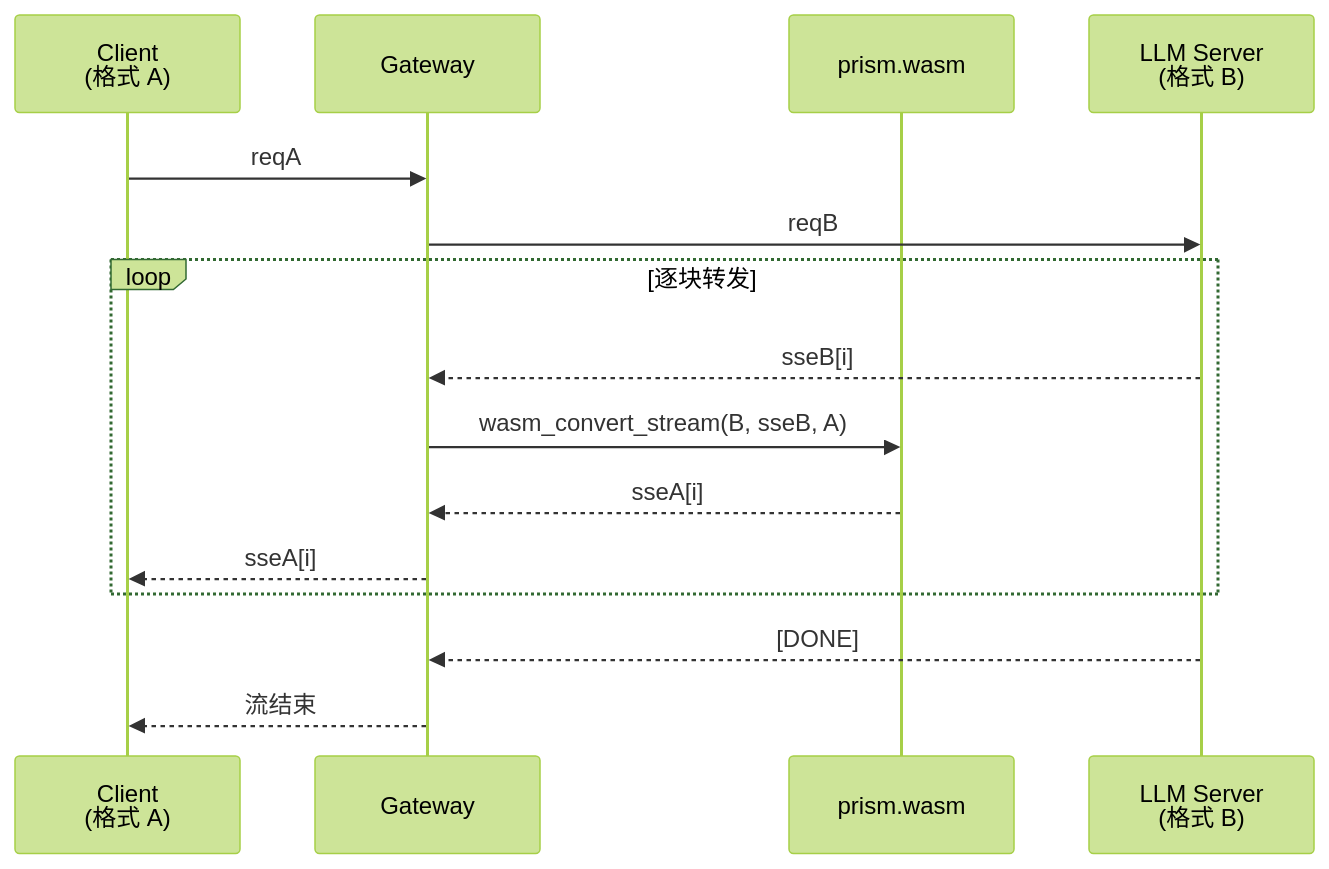
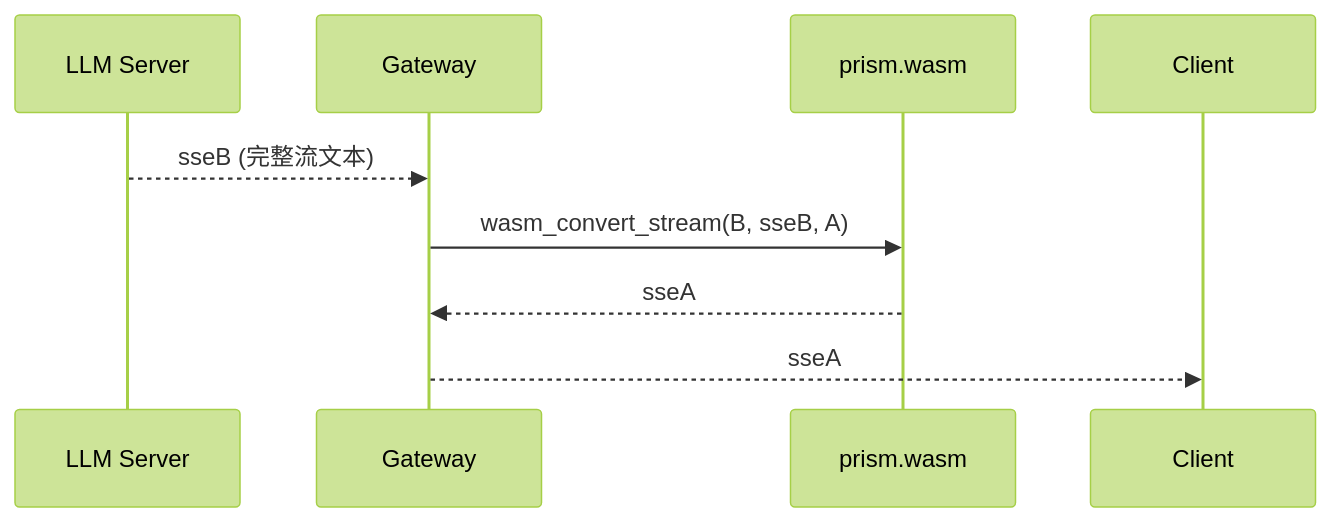
The first of 2 diagrams in skills/prism-wasm-skill/SKILL.md (morning-start/prism), drawn with Mermaid (forest theme) before and after one commit. The commit also changed other lines of this file, not shown here.

First line of the commit message:
docs(prism-wasm-skill): 更新并完善 WASM 集成指南文档

````diff
--- a/skills/prism-wasm-skill/SKILL.md
+++ b/skills/prism-wasm-skill/SKILL.md
@@ -38,20 +82,12 @@
 ```mermaid
 sequenceDiagram
-    participant C as Client<br/>(格式 A)
+    participant S as LLM Server
     participant G as Gateway
     participant P as prism.wasm
-    participant S as LLM Server<br/>(格式 B)
+    participant C as Client
 
-    C->>G: reqA
-    G->>S: reqB
-
-    loop 逐块转发
-        S-->>G: sseB[i]
-        G->>P: wasm_convert_stream(B, sseB, A)
-        P-->>G: sseA[i]
-        G-->>C: sseA[i]
-    end
-
-    S-->>G: [DONE]
-    G-->>C: 流结束
+    S-->>G: sseB (完整流文本)
+    G->>P: wasm_convert_stream(B, sseB, A)
+    P-->>G: sseA
+    G-->>C: sseA
 ```
````
